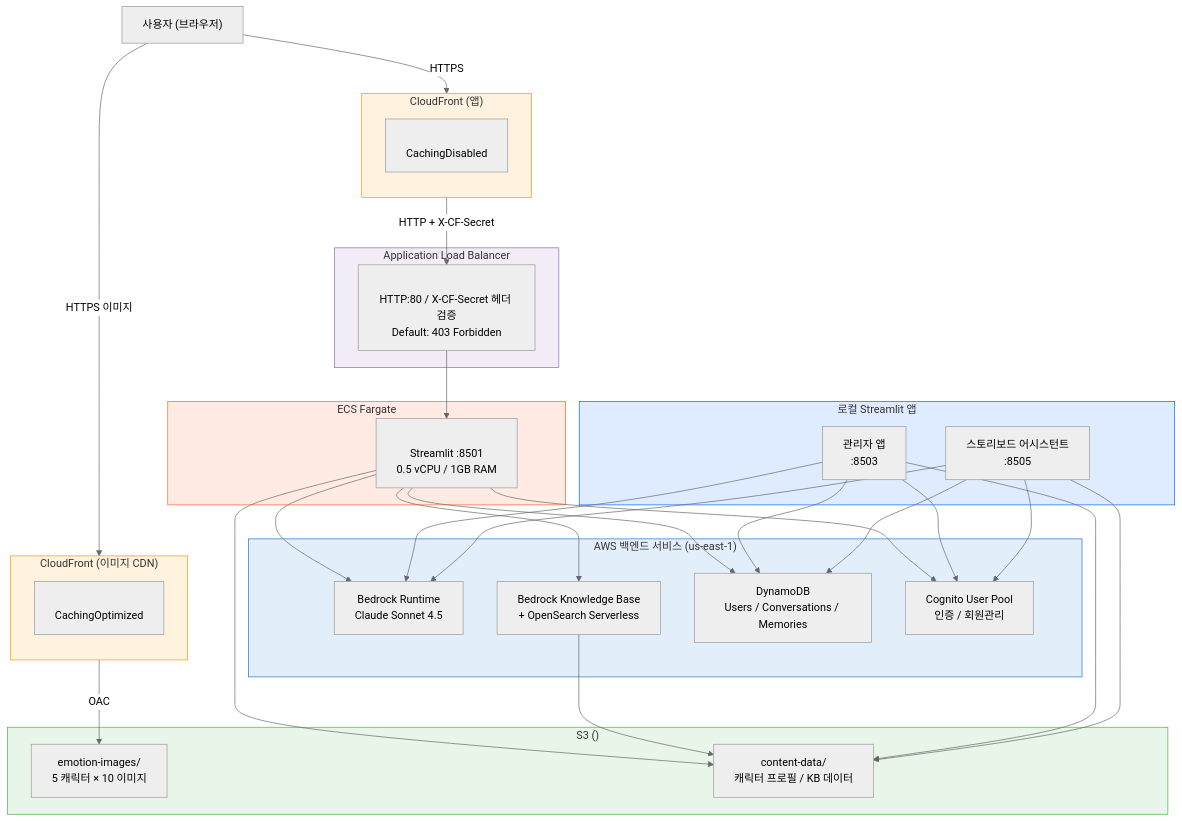
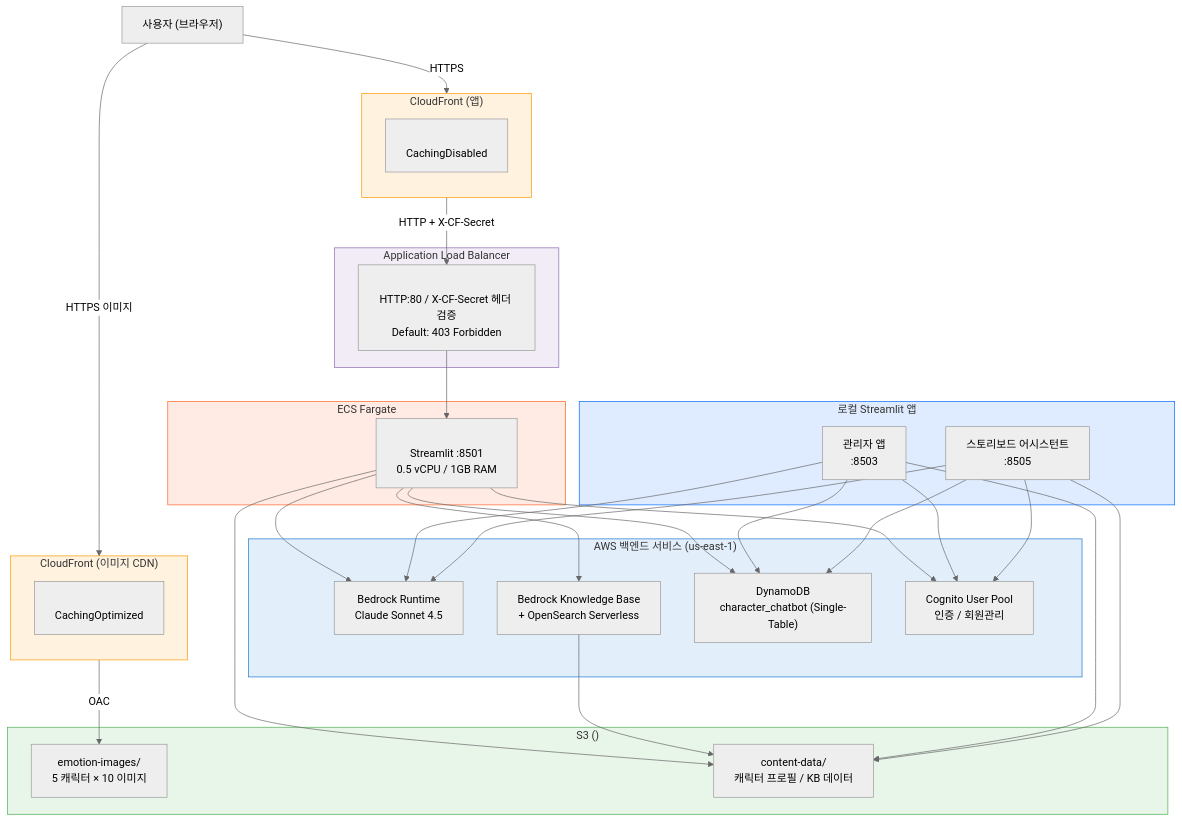
The diagram in README.md (heungh/character_chatbot), drawn with Mermaid (neutral theme) before and after one commit. The commit also changed other lines of this file and 5 other files, not shown here.

First line of the commit message:
DynamoDB Single-Table Design 적용 (3테이블 → 단일 테이블)

````diff
--- a/README.md
+++ b/README.md
@@ -7,70 +7,70 @@
 ```mermaid
 graph TB
     User["사용자 (브라우저)"]
 
     subgraph CF_App["CloudFront (앱)"]
         direction TB
         CFA["<APP_CLOUDFRONT_DOMAIN><br/>CachingDisabled"]
     end
 
     subgraph CF_Image["CloudFront (이미지 CDN)"]
         direction TB
         CFI["<IMAGE_CLOUDFRONT_DOMAIN><br/>CachingOptimized"]
     end
 
     subgraph ELB["Application Load Balancer"]
         ALB["<YOUR_ALB_NAME><br/>HTTP:80 / X-CF-Secret 헤더 검증<br/>Default: 403 Forbidden"]
     end
 
     subgraph ECS["ECS Fargate"]
         Task["<YOUR_ECS_SERVICE><br/>Streamlit :8501<br/>0.5 vCPU / 1GB RAM"]
     end
 
     subgraph Local_Apps["로컬 Streamlit 앱"]
         AdminApp["관리자 앱<br/>:8503"]
         StoryApp["스토리보드 어시스턴트<br/>:8505"]
     end
 
     subgraph AWS_Services["AWS 백엔드 서비스 (us-east-1)"]
         Bedrock["Bedrock Runtime<br/>Claude Sonnet 4.5"]
         KB["Bedrock Knowledge Base<br/>+ OpenSearch Serverless"]
-        DDB["DynamoDB<br/>Users / Conversations / Memories"]
+        DDB["DynamoDB<br/>character_chatbot (Single-Table)"]
         Cognito["Cognito User Pool<br/>인증 / 회원관리"]
     end
 
     subgraph S3["S3 (<YOUR_S3_BUCKET>)"]
         S3_Images["emotion-images/<br/>5 캐릭터 × 10 이미지"]
         S3_Data["content-data/<br/>캐릭터 프로필 / KB 데이터"]
     end
 
     User -->|HTTPS| CFA
     User -->|HTTPS 이미지| CFI
     CFA -->|"HTTP + X-CF-Secret"| ALB
     ALB --> Task
     CFI -->|OAC| S3_Images
 
     Task --> Bedrock
     Task --> KB
     Task --> DDB
     Task --> Cognito
     Task --> S3_Data
     KB --> S3_Data
 
     AdminApp --> DDB
     AdminApp --> S3_Data
     AdminApp --> Bedrock
     AdminApp --> Cognito
 
     StoryApp --> DDB
     StoryApp --> S3_Data
     StoryApp --> Bedrock
     StoryApp --> Cognito
 
     style CF_App fill:#ff980020,stroke:#ff9800
     style CF_Image fill:#ff980020,stroke:#ff9800
     style ELB fill:#8c6bb120,stroke:#8c6bb1
     style ECS fill:#ff612120,stroke:#ff6121
     style Local_Apps fill:#0066ff20,stroke:#0066ff
     style AWS_Services fill:#1976d220,stroke:#1976d2
     style S3 fill:#4caf5020,stroke:#4caf50
 ```
````
